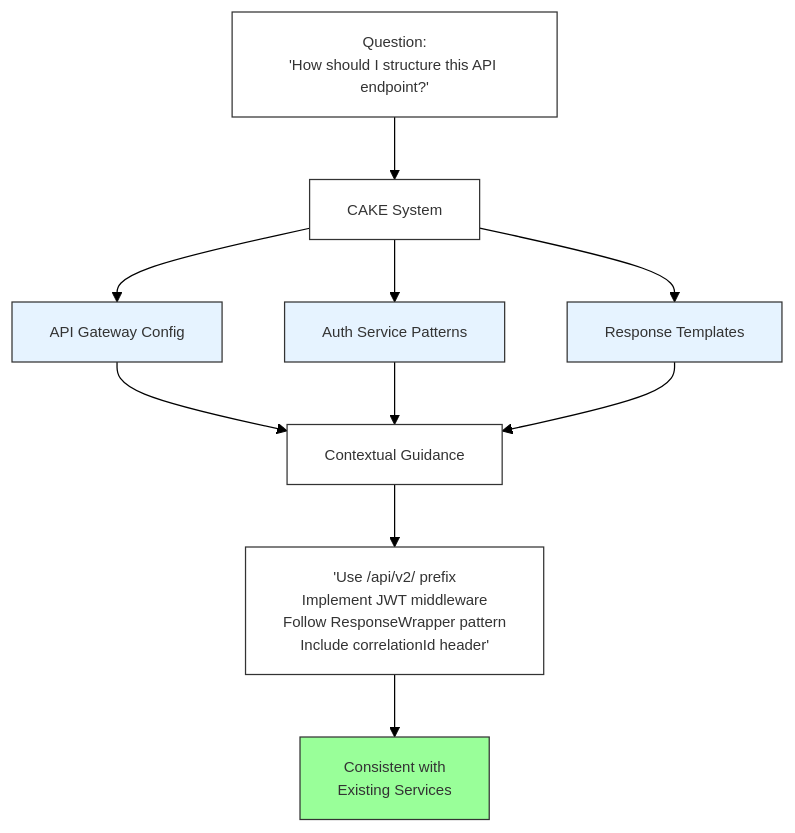
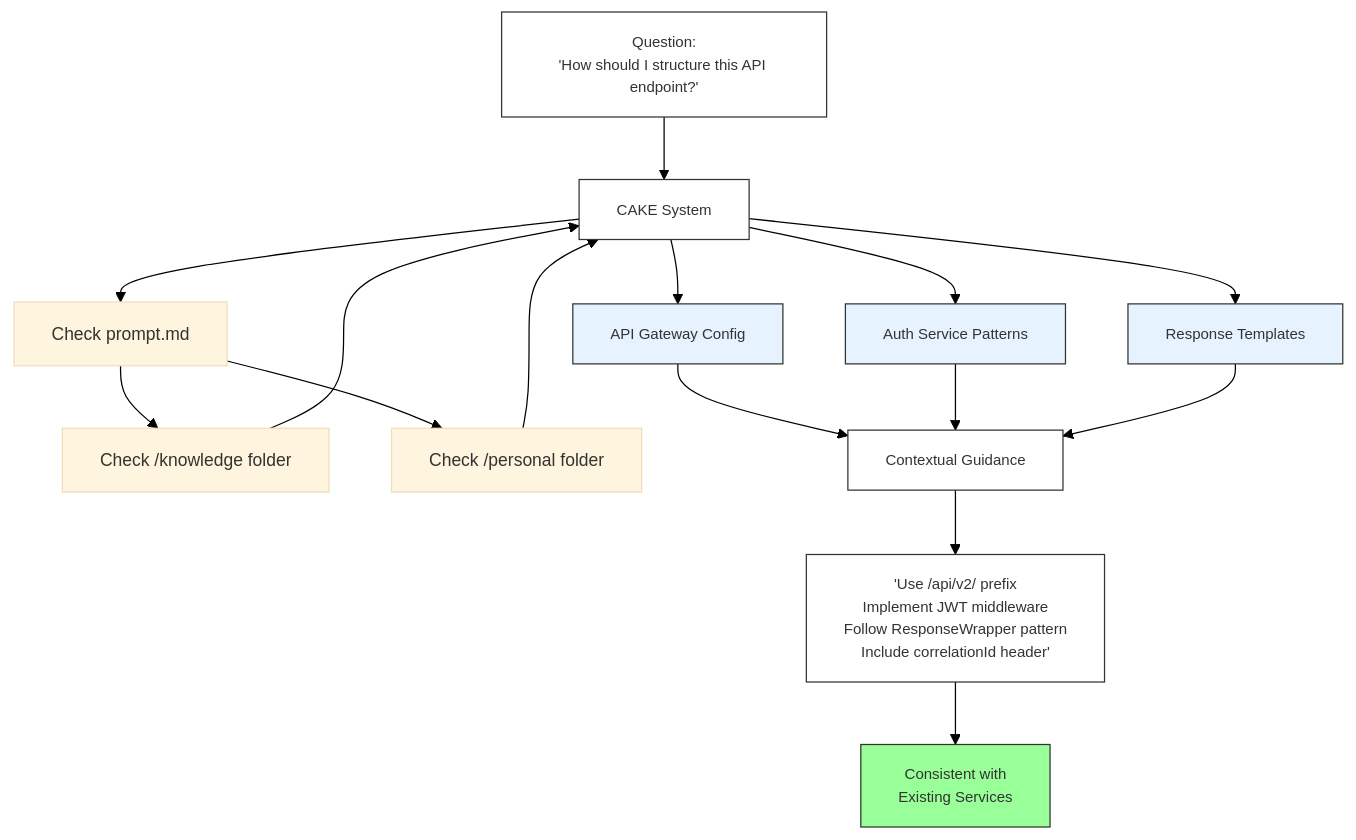
The second of 2 diagrams in README.md (tk0221/prompt-template), drawn with Mermaid before and after one commit.

````diff
--- a/README.md
+++ b/README.md
@@ -27,23 +27,25 @@
 ```mermaid
 %%{init: {'theme':'base', 'themeVariables': { 'fontSize': '14px', 'fontFamily': 'arial', 'background': '#ffffff' }}}%%
 graph TD
     A2["Question:<br/>'How should I structure this API endpoint?'"] --> B2["CAKE System"]
+    B2 --> P["Check prompt.md"] --> K["Check /knowledge folder"] --> B2
+    P --> PERSONAL["Check /personal folder"] --> B2
     B2 --> C2["API Gateway Config"]
     B2 --> C3["Auth Service Patterns"]
     B2 --> C4["Response Templates"]
     C2 --> D2["Contextual Guidance"]
     C3 --> D2
     C4 --> D2
     D2 --> E2["'Use /api/v2/ prefix<br/>Implement JWT middleware<br/>Follow ResponseWrapper<T> pattern<br/>Include correlationId header'"]
     E2 --> F2["Consistent with<br/>Existing Services"]
     
     style A2 fill:#ffffff,stroke:#333,font-size:12px
     style B2 fill:#ffffff,stroke:#333,font-size:12px
     style C2 fill:#e6f3ff,stroke:#333,font-size:12px
     style C3 fill:#e6f3ff,stroke:#333,font-size:12px
     style C4 fill:#e6f3ff,stroke:#333,font-size:12px
     style D2 fill:#ffffff,stroke:#333,font-size:12px
     style E2 fill:#ffffff,stroke:#333,font-size:12px
     style F2 fill:#99ff99,stroke:#333,font-size:12px
 
 ```
````
